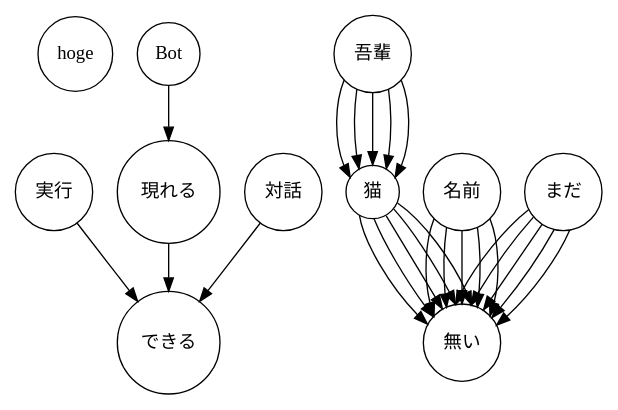
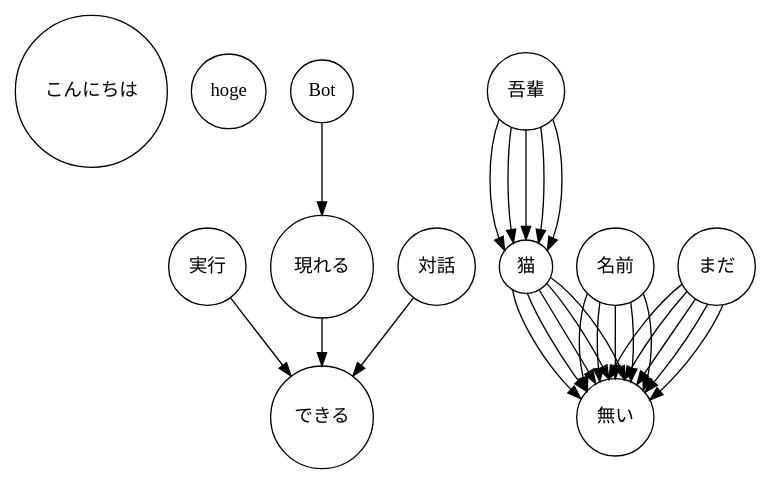
One commit to d0iasm/graph-docs changed the diagram in dest/merge.dot. Above: the diagram before and after it, drawn with Graphviz. The commit also changed 5 other files, not shown here.

```diff
--- a/dest/merge.dot
+++ b/dest/merge.dot
@@ -1,5 +1,5 @@
 digraph root {
-	graph [bb="0,0,440,284"];
+	graph [bb="0,0,555.19,340.39"];
 	node [label="\N",
 		shape=circle
 	];
@@ -7,10 +7,10 @@
 		node [label="\N",
 			shape=circle
 		];
-		hoge		 [height=0.77632,
-			label=hoge,
-			pos="46,255",
-			width=0.77632];
+		こんにちは		 [height=1.5887,
+			label=こんにちは,
+			pos="57.195,283.19",
+			width=1.5887];
 	}
 	subgraph root {
 		graph [bb="0,0,440,284"];
@@ -30,8 +30,8 @@
 				width=""
 			];
 			edge [pos=""];
-			subgraph root {
-				graph [bb="0,0,440.25,283.39"];
+			{
+				graph [bb="0,0,440,284"];
 				node [height="",
 					label="\N",
 					pos="",
@@ -39,42 +39,22 @@
 					width=""
 				];
 				edge [pos=""];
-				{
-					graph [bb="0,0,440.25,283.39"];
-					node [height="",
-						label="\N",
-						pos="",
-						shape=circle,
-						width=""
-					];
-					edge [pos=""];
-					実行					 [height=0.80556,
-						label=実行,
-						pos="29,151.5",
-						width=0.80556];
-					できる					 [height=1.0694,
-						label=できる,
-						pos="115,38.5",
-						width=1.0694];
-					実行 -> できる					 [pos="e,91.752,69.506 46.403,128.04 57.623,113.56 72.498,94.357 85.528,77.54"];
-					Bot					 [height=0.65278,
-						label=Bot,
-						pos="115,255",
-						width=0.65278];
-					現れる					 [height=1.0694,
-						label=現れる,
-						pos="115,151.5",
-						width=1.0694];
-					Bot -> 現れる					 [pos="e,115,190.11 115,231.47 115,222.27 115,211.25 115,200.4"];
-					現れる -> できる					 [pos="e,115,77.041 115,112.92 115,104.69 115,95.877 115,87.31"];
-					対話					 [height=0.80556,
-						label=対話,
-						pos="201,151.5",
-						width=0.80556];
-					対話 -> できる					 [pos="e,138.25,69.506 183.6,128.04 172.38,113.56 157.5,94.357 144.47,77.54"];
-				}
+				hoge				 [height=0.77778,
+					label=hoge,
+					pos="160.19,283.19",
+					width=0.77778];
+			}
+			subgraph root {
+				graph [bb="0,0,440,284"];
+				node [height="",
+					label="\N",
+					pos="",
+					shape=circle,
+					width=""
+				];
+				edge [pos=""];
 				subgraph root {
-					graph [bb="0,0,201,246"];
+					graph [bb="0,0,440,284"];
 					node [height="",
 						label="\N",
 						pos="",
@@ -83,7 +63,7 @@
 					];
 					edge [pos=""];
 					subgraph root {
-						graph [bb="0,0,201,246"];
+						graph [bb="0,0,440.25,283.39"];
 						node [height="",
 							label="\N",
 							pos="",
@@ -92,7 +72,7 @@
 						];
 						edge [pos=""];
 						{
-							graph [bb="0,0,201,246"];
+							graph [bb="0,0,440.25,283.39"];
 							node [height="",
 								label="\N",
 								pos="",
@@ -100,30 +80,30 @@
 								width=""
 							];
 							edge [pos=""];
-							吾輩							 [height=0.80556,
-								label=吾輩,
-								pos="268,255",
+							実行							 [height=0.80556,
+								label=実行,
+								pos="144.19,151.5",
 								width=0.80556];
-							猫							 [height=0.55556,
-								label=猫,
-								pos="268,151.5",
-								width=0.55556];
-							吾輩 -> 猫							 [pos="e,251.18,162.38 246.54,235.38 239.2,217.23 239.15,189.75 246.4,171.47"];
-							無い							 [height=0.80556,
-								label=無い,
-								pos="335,38.5",
+							できる							 [height=1.0694,
+								label=できる,
+								pos="230.19,38.5",
+								width=1.0694];
+							実行 -> できる							 [pos="e,206.95,69.506 161.6,128.04 172.82,113.56 187.69,94.357 200.72,77.54"];
+							Bot							 [height=0.65278,
+								label=Bot,
+								pos="230.19,283.19",
+								width=0.65278];
+							現れる							 [height=1.0694,
+								label=現れる,
+								pos="230.19,151.5",
+								width=1.0694];
+							Bot -> 現れる							 [pos="e,230.19,190.06 230.19,259.6 230.19,243.21 230.19,220.44 230.19,200.11"];
+							現れる -> できる							 [pos="e,230.19,77.041 230.19,112.92 230.19,104.69 230.19,95.877 230.19,87.31"];
+							対話							 [height=0.80556,
+								label=対話,
+								pos="316.19,151.5",
 								width=0.80556];
-							猫 -> 無い							 [pos="e,309.05,52.478 258.06,134.12 261,114.27 280.69,80.831 301.62,59.482"];
-							名前							 [height=0.80556,
-								label=名前,
-								pos="335,151.5",
-								width=0.80556];
-							名前 -> 無い							 [pos="e,313.98,58.704 314.03,131.42 307.2,114.11 306.17,88.326 310.95,68.471"];
-							まだ							 [height=0.80556,
-								label=まだ,
-								pos="411,151.5",
-								width=0.80556];
-							まだ -> 無い							 [pos="e,330.24,67.205 385.12,138.41 366.32,123.63 346.06,97.924 334.67,76.424"];
+							対話 -> できる							 [pos="e,253.44,69.506 298.79,128.04 287.57,113.56 272.7,94.357 259.67,77.54"];
 						}
 						subgraph root {
 							graph [bb="0,0,201,246"];
@@ -134,25 +114,6 @@
 								width=""
 							];
 							edge [pos=""];
-							{
-								graph [bb="0,0,201,246"];
-								node [height="",
-									label="\N",
-									pos="",
-									shape=circle,
-									width=""
-								];
-								edge [pos=""];
-								吾輩;
-								猫;
-								吾輩 -> 猫								 [pos="e,257.75,168.89 256.1,228.39 254,213.21 253.97,194.03 256.01,178.75"];
-								無い;
-								猫 -> 無い								 [pos="e,313.5,57.964 269.03,131.42 276.35,113.41 292.33,86.248 307.21,66.115"];
-								名前;
-								名前 -> 無い								 [pos="e,323.42,65.105 323.4,124.76 321.32,110.05 320.95,91.376 322.29,75.26"];
-								まだ;
-								まだ -> 無い								 [pos="e,341.9,66.834 388.56,132.67 374.82,117.32 358.5,94.71 346.98,75.604"];
-							}
 							subgraph root {
 								graph [bb="0,0,201,246"];
 								node [height="",
@@ -171,15 +132,30 @@
 										width=""
 									];
 									edge [pos=""];
-									吾輩;
-									猫;
-									吾輩 -> 猫									 [pos="e,268,171.74 268,226 268,212.25 268,195.69 268,181.78"];
-									無い;
-									猫 -> 無い									 [pos="e,320.25,63.943 278.18,133.64 287.93,117.48 302.93,92.626 315.07,72.516"];
-									名前;
-									名前 -> 無い									 [pos="e,335,67.501 335,122.49 335,108.95 335,92.489 335,77.809"];
-									まだ;
-									まだ -> 無い									 [pos="e,351.17,63.121 395.07,127.23 384,111.06 369.1,89.302 356.91,71.5"];
+									吾輩									 [height=0.80556,
+										label=吾輩,
+										pos="383.19,283.19",
+										width=0.80556];
+									猫									 [height=0.55556,
+										label=猫,
+										pos="383.19,151.5",
+										width=0.55556];
+									吾輩 -> 猫									 [pos="e,367.11,163.84 363.05,262.21 353.97,237.98 353.91,197.36 362.88,172.93"];
+									無い									 [height=0.80556,
+										label=無い,
+										pos="450.19,38.5",
+										width=0.80556];
+									猫 -> 無い									 [pos="e,424.25,52.478 373.26,134.12 376.2,114.27 395.88,80.831 416.82,59.482"];
+									名前									 [height=0.80556,
+										label=名前,
+										pos="450.19,151.5",
+										width=0.80556];
+									名前 -> 無い									 [pos="e,429.18,58.704 429.23,131.42 422.39,114.11 421.37,88.326 426.15,68.471"];
+									まだ									 [height=0.80556,
+										label=まだ,
+										pos="526.19,151.5",
+										width=0.80556];
+									まだ -> 無い									 [pos="e,445.43,67.205 500.31,138.41 481.52,123.63 461.25,97.924 449.87,76.424"];
 								}
 								subgraph root {
 									graph [bb="0,0,201,246"];
@@ -201,16 +177,16 @@
 										edge [pos=""];
 										吾輩;
 										猫;
-										吾輩 -> 猫										 [pos="e,278.25,168.89 279.9,228.39 282,213.21 282.03,194.03 279.99,178.75"];
+										吾輩 -> 猫										 [pos="e,373.76,169.32 372.14,256.26 368.92,233.93 368.88,201.82 372.03,179.25"];
 										無い;
-										猫 -> 無い										 [pos="e,330.09,67.322 283.91,138.62 297.23,123.84 314.23,97.915 325.59,76.284"];
+										猫 -> 無い										 [pos="e,428.69,57.964 384.23,131.42 391.54,113.41 407.53,86.248 422.41,66.115"];
 										名前;
-										名前 -> 無い										 [pos="e,346.58,65.105 346.6,124.76 348.68,110.05 349.05,91.376 347.71,75.26"];
+										名前 -> 無い										 [pos="e,438.61,65.105 438.59,124.76 436.51,110.05 436.14,91.376 437.48,75.26"];
 										まだ;
-										まだ -> 無い										 [pos="e,357.39,57.273 404.04,123.06 394.25,105.41 378.57,82.611 364.27,65.289"];
+										まだ -> 無い										 [pos="e,457.09,66.834 503.75,132.67 490.02,117.32 473.7,94.71 462.18,75.604"];
 									}
 									subgraph root {
-										graph [bb="0,0,201.49,247.48"];
+										graph [bb="0,0,201,246"];
 										node [height="",
 											label="\N",
 											pos="",
@@ -219,7 +195,7 @@
 										];
 										edge [pos=""];
 										{
-											graph [bb="0,0,201.49,247.48"];
+											graph [bb="0,0,201,246"];
 											node [height="",
 												label="\N",
 												pos="",
@@ -229,13 +205,71 @@
 											edge [pos=""];
 											吾輩;
 											猫;
-											吾輩 -> 猫											 [pos="e,284.82,162.38 289.46,235.38 296.8,217.23 296.85,189.75 289.6,171.47"];
+											吾輩 -> 猫											 [pos="e,383.19,171.77 383.19,254.05 383.19,232.77 383.19,203.61 383.19,182"];
 											無い;
-											猫 -> 無い											 [pos="e,342.16,66.76 286.63,143.22 306.05,129.82 327.57,100.44 338.35,76.357"];
+											猫 -> 無い											 [pos="e,435.44,63.943 393.37,133.64 403.13,117.48 418.13,92.626 430.27,72.516"];
 											名前;
-											名前 -> 無い											 [pos="e,356.02,58.704 355.97,131.42 362.8,114.11 363.83,88.326 359.05,68.471"];
+											名前 -> 無い											 [pos="e,450.19,67.501 450.19,122.49 450.19,108.95 450.19,92.489 450.19,77.809"];
 											まだ;
-											まだ -> 無い											 [pos="e,360.92,51.615 415.75,122.78 407.11,102.6 387.79,75.812 368.55,58.136"];
+											まだ -> 無い											 [pos="e,466.37,63.121 510.26,127.23 499.19,111.06 484.29,89.302 472.11,71.5"];
+										}
+										subgraph root {
+											graph [bb="0,0,201,246"];
+											node [height="",
+												label="\N",
+												pos="",
+												shape=circle,
+												width=""
+											];
+											edge [pos=""];
+											{
+												graph [bb="0,0,201,246"];
+												node [height="",
+													label="\N",
+													pos="",
+													shape=circle,
+													width=""
+												];
+												edge [pos=""];
+												吾輩;
+												猫;
+												吾輩 -> 猫												 [pos="e,392.63,169.32 394.25,256.26 397.47,233.93 397.51,201.82 394.36,179.25"];
+												無い;
+												猫 -> 無い												 [pos="e,445.28,67.322 399.11,138.62 412.42,123.84 429.42,97.915 440.79,76.284"];
+												名前;
+												名前 -> 無い												 [pos="e,461.78,65.105 461.8,124.76 463.88,110.05 464.25,91.376 462.91,75.26"];
+												まだ;
+												まだ -> 無い												 [pos="e,472.58,57.273 519.24,123.06 509.45,105.41 493.77,82.611 479.46,65.289"];
+											}
+											subgraph root {
+												graph [bb="0,0,201.49,247.48"];
+												node [height="",
+													label="\N",
+													pos="",
+													shape=circle,
+													width=""
+												];
+												edge [pos=""];
+												{
+													graph [bb="0,0,201.49,247.48"];
+													node [height="",
+														label="\N",
+														pos="",
+														shape=circle,
+														width=""
+													];
+													edge [pos=""];
+													吾輩;
+													猫;
+													吾輩 -> 猫													 [pos="e,399.28,163.84 403.34,262.21 412.42,237.98 412.48,197.36 403.51,172.93"];
+													無い;
+													猫 -> 無い													 [pos="e,457.36,66.76 401.83,143.22 421.24,129.82 442.76,100.44 453.55,76.357"];
+													名前;
+													名前 -> 無い													 [pos="e,471.21,58.704 471.16,131.42 478,114.11 479.02,88.326 474.24,68.471"];
+													まだ;
+													まだ -> 無い													 [pos="e,476.11,51.615 530.95,122.78 522.31,102.6 502.99,75.812 483.74,58.136"];
+												}
+											}
 										}
 									}
 								}
```
